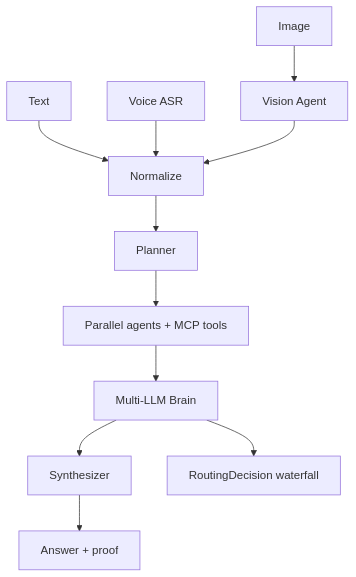
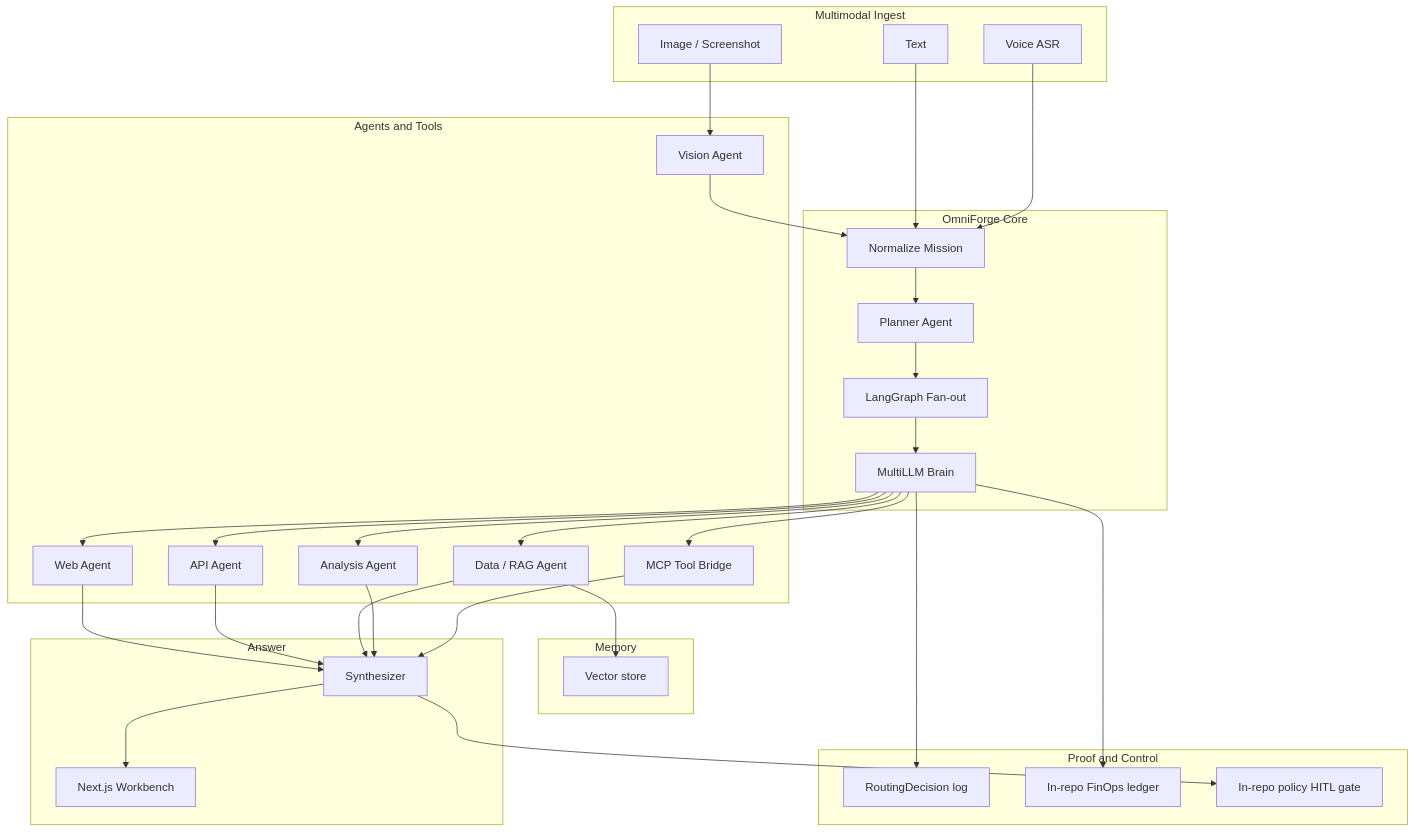
The diagram in README.md (vpeetla-ai/omniforge), drawn with Mermaid before and after one commit. The commit also changed other lines of this file and 3 other files, not shown here.

First line of the commit message:
Add plan-level architecture docs and LinkedIn share pack.

````diff
--- a/README.md
+++ b/README.md
@@ -20,13 +25,56 @@
 ```mermaid
 flowchart TB
-  Text["Text"] --> Norm["Normalize"]
-  Image["Image"] --> Vision["Vision Agent"]
-  Voice["Voice ASR"] --> Norm
+  subgraph ingest [Multimodal Ingest]
+    Text["Text"]
+    Image["Image / Screenshot"]
+    VoiceIn["Voice ASR"]
+  end
+  subgraph core [OmniForge Core]
+    Norm["Normalize Mission"]
+    Plan["Planner Agent"]
+    Brain["MultiLLM Brain"]
+    Graph["LangGraph Fan-out"]
+  end
+  subgraph exec [Agents and Tools]
+    Web["Web Agent"]
+    ApiA["API Agent"]
+    Data["Data / RAG Agent"]
+    Analysis["Analysis Agent"]
+    Vision["Vision Agent"]
+    MCP["MCP Tool Bridge"]
+  end
+  subgraph memory [Memory]
+    Store["Vector store"]
+  end
+  subgraph proof [Proof and Control]
+    Waterfall["RoutingDecision log"]
+    Fin["In-repo FinOps ledger"]
+    Gate["In-repo policy HITL gate"]
+  end
+  subgraph out [Answer]
+    Synth["Synthesizer"]
+    UI["Next.js Workbench"]
+  end
+  Text --> Norm
+  Image --> Vision
+  VoiceIn --> Norm
   Vision --> Norm
-  Norm --> Plan["Planner"]
-  Plan --> Fan["Parallel agents + MCP tools"]
-  Fan --> Brain["Multi-LLM Brain"]
-  Brain --> Synth["Synthesizer"]
-  Brain --> Waterfall["RoutingDecision waterfall"]
-  Synth --> UI["Answer + proof"]
+  Norm --> Plan
+  Plan --> Graph
+  Graph --> Brain
+  Brain --> Web
+  Brain --> ApiA
+  Brain --> Data
+  Brain --> Analysis
+  Brain --> MCP
+  Data --> Store
+  Web --> Synth
+  ApiA --> Synth
+  Data --> Synth
+  Analysis --> Synth
+  MCP --> Synth
+  Brain --> Waterfall
+  Brain --> Fin
+  Synth --> Gate
+  Synth --> UI
 ```
````
